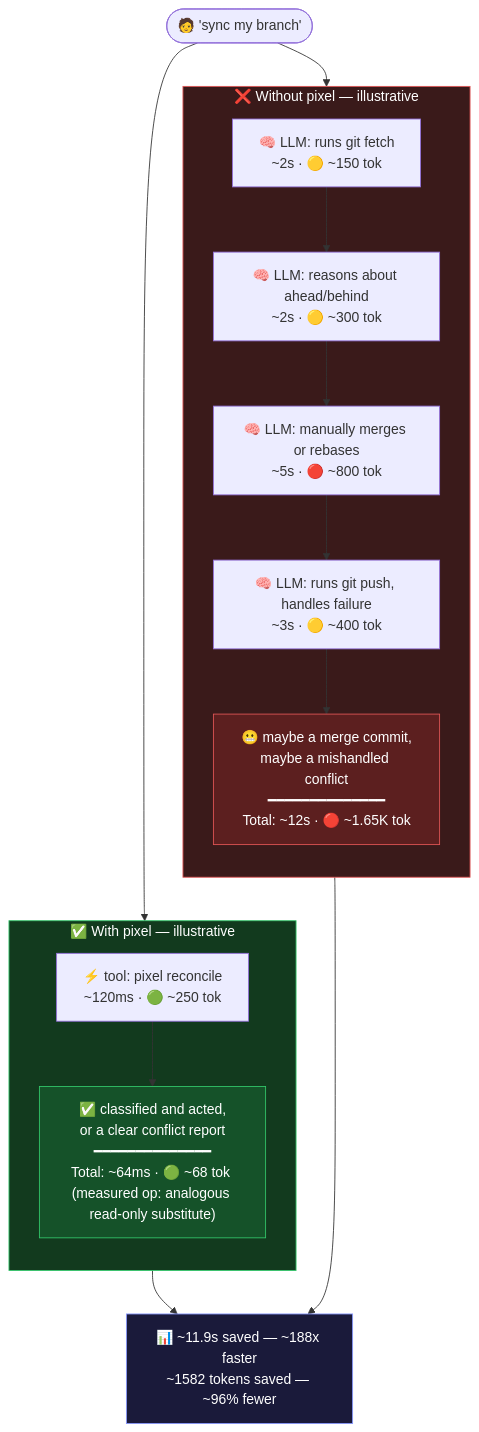
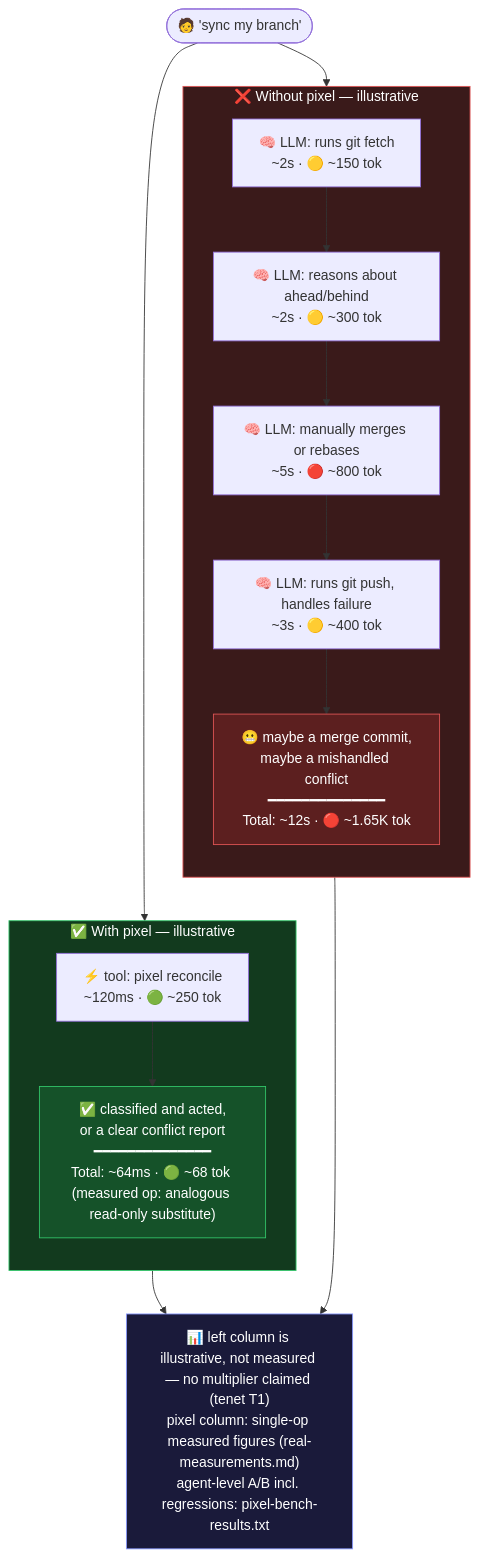
Before and after one commit to Pixel-CLI/pixel: the diagram in docs/examples/03-reconcile-branch.mmd, drawn with Mermaid. The commit also changed 57 other files, not shown here.

```diff
--- a/docs/examples/03-reconcile-branch.mmd
+++ b/docs/examples/03-reconcile-branch.mmd
@@ -1,31 +1,31 @@
 flowchart TD
     Ask(["🧑 'sync my branch'"])
     Ask --> w1
     Ask --> p1
     w1 ~~~ p1
 
     subgraph W ["❌ Without pixel — illustrative"]
         direction TB
         w1["🧠 LLM: runs git fetch<br/>~2s · 🟡 ~150 tok"] --> w2
         w2["🧠 LLM: reasons about ahead/behind<br/>~2s · 🟡 ~300 tok"] --> w3
         w3["🧠 LLM: manually merges or rebases<br/>~5s · 🔴 ~800 tok"] --> w4
         w4["🧠 LLM: runs git push, handles failure<br/>~3s · 🟡 ~400 tok"]
         w4 --> w5["😬 maybe a merge commit,<br/>maybe a mishandled conflict<br/>━━━━━━━━━━━━━━<br/>Total: ~12s · 🔴 ~1.65K tok"]
     end
 
     subgraph P ["✅ With pixel — illustrative"]
         direction TB
         p1["⚡ tool: pixel reconcile<br/>~120ms · 🟢 ~250 tok"]
         p1 --> p3["✅ classified and acted,<br/>or a clear conflict report<br/>━━━━━━━━━━━━━━<br/>Total: ~64ms · 🟢 ~68 tok (measured op: analogous read-only substitute)"]
     end
 
     w5 --> Recap
     p3 --> Recap
-    Recap["📊 ~11.9s saved — ~188x faster<br/>~1582 tokens saved — ~96% fewer"]
+    Recap["📊 left column is illustrative, not measured — no multiplier claimed (tenet T1)<br/>pixel column: single-op measured figures (real-measurements.md)<br/>agent-level A/B incl. regressions: pixel-bench-results.txt"]
 
     style W fill:#3a1a1a,stroke:#e05555,color:#fff
     style P fill:#123a1e,stroke:#33c76a,color:#fff
     style w5 fill:#5c1f1f,stroke:#e05555,color:#fff
     style p3 fill:#155229,stroke:#33c76a,color:#fff
     style Recap fill:#1a1a3a,stroke:#8899ff,color:#fff
     linkStyle 2 stroke-width:0px
```
